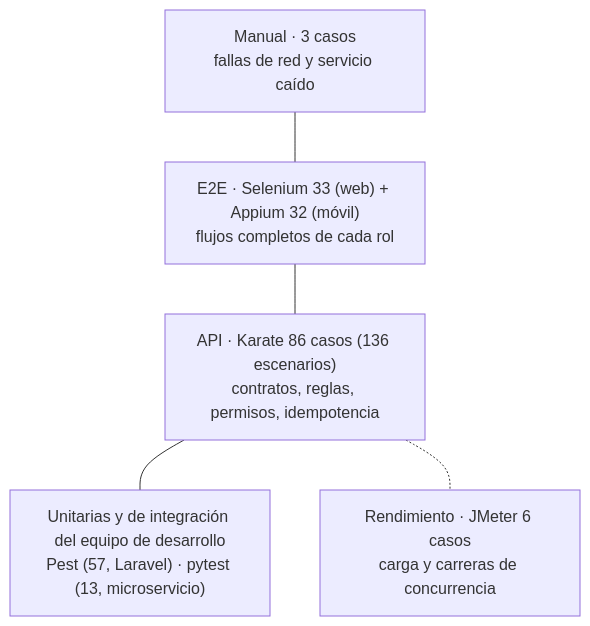
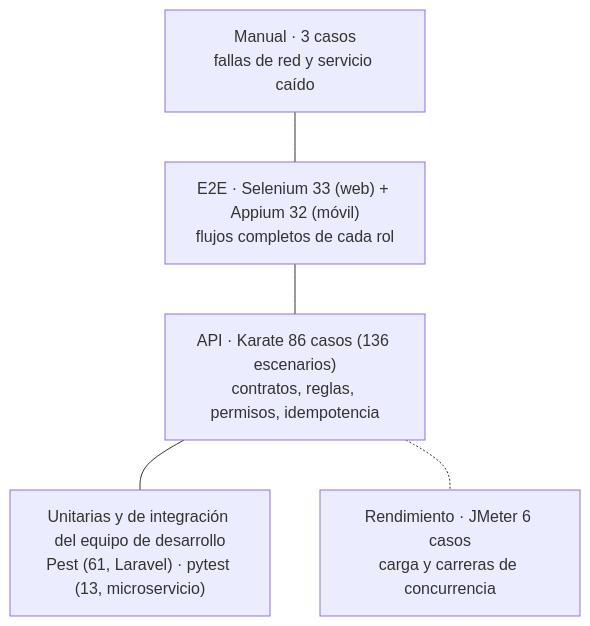
The diagram in docs/2-pruebas/estrategia-de-pruebas.md (dariohuerta84/Proyecto-Calidad), drawn with Mermaid before and after one commit. The commit also changed other lines of this file and 265 other files, not shown here.

````diff
--- a/docs/2-pruebas/estrategia-de-pruebas.md
+++ b/docs/2-pruebas/estrategia-de-pruebas.md
@@ -13,10 +13,10 @@
 ```mermaid
 flowchart TB
     M["Manual · 3 casos<br/>fallas de red y servicio caído"]
     E2E["E2E · Selenium 33 (web) + Appium 32 (móvil)<br/>flujos completos de cada rol"]
     API["API · Karate 86 casos (136 escenarios)<br/>contratos, reglas, permisos, idempotencia"]
     PERF["Rendimiento · JMeter 6 casos<br/>carga y carreras de concurrencia"]
-    U["Unitarias y de integración del equipo de desarrollo<br/>Pest (57, Laravel) · pytest (13, microservicio)"]
+    U["Unitarias y de integración del equipo de desarrollo<br/>Pest (61, Laravel) · pytest (13, microservicio)"]
     M --- E2E --- API --- U
     API -.- PERF
 ```
````
